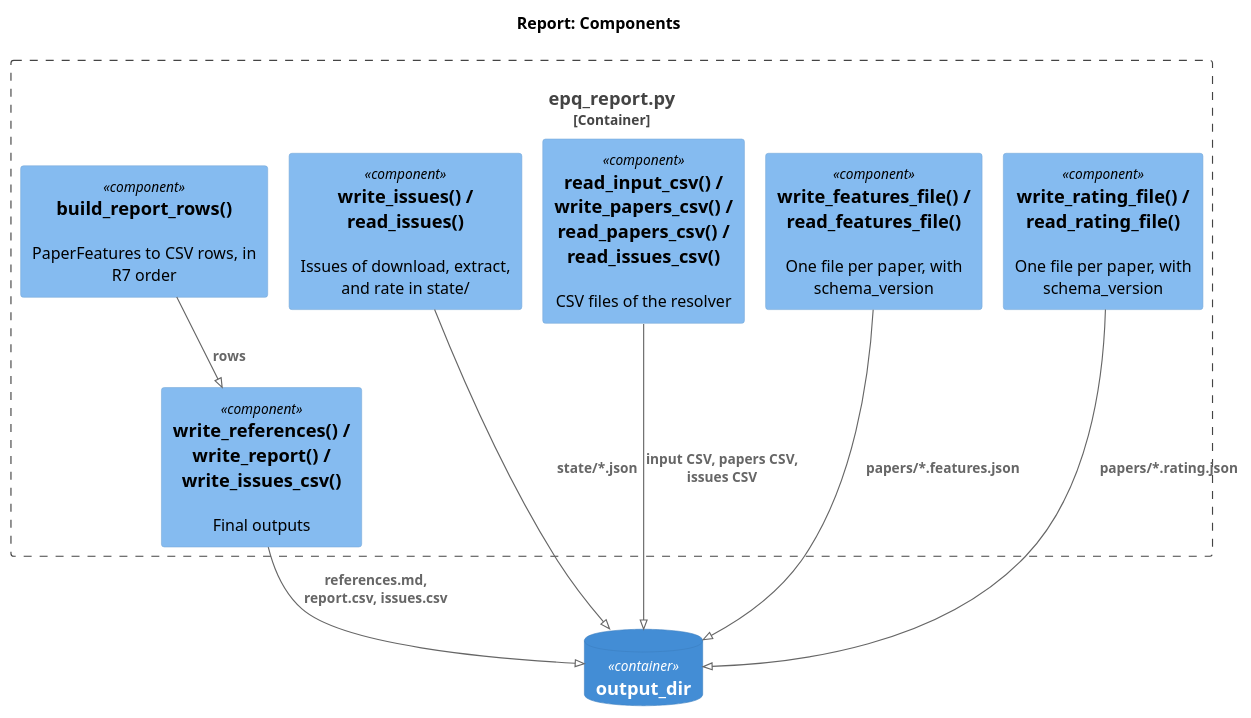
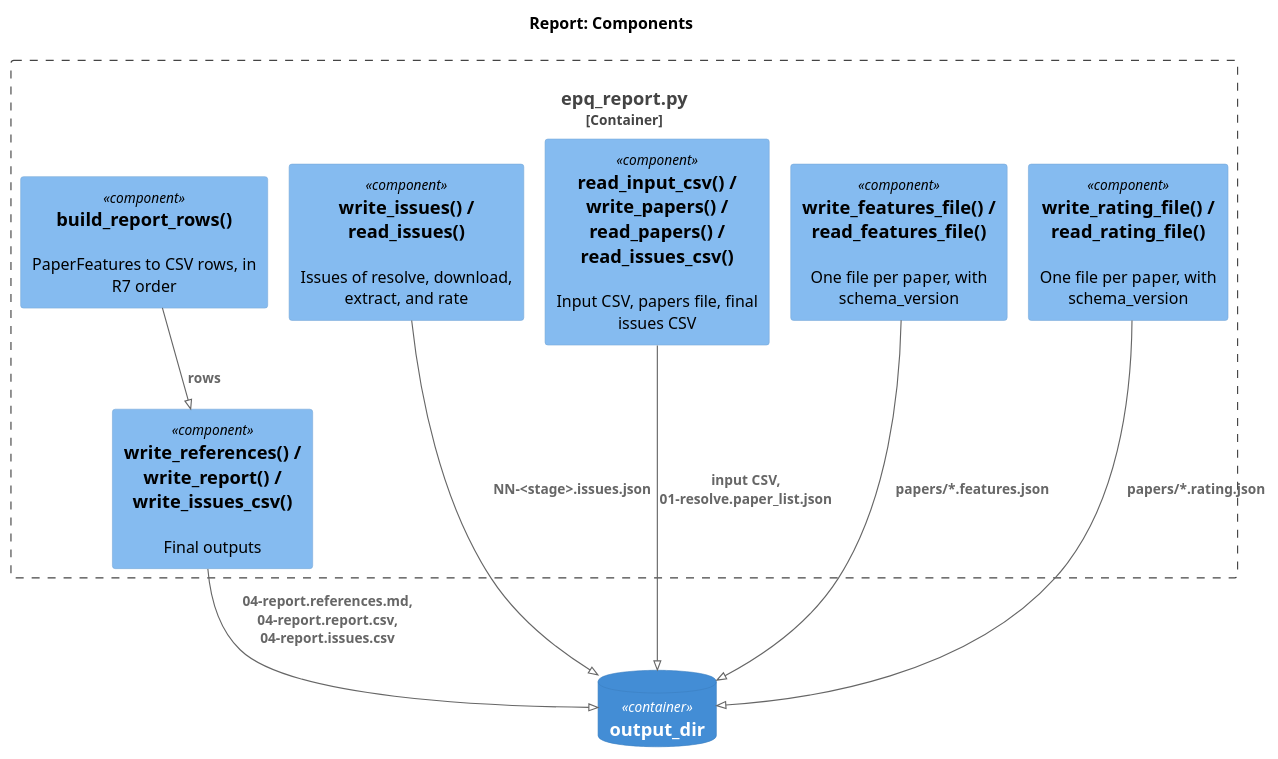
The diagram in research/Estimate_academic_paper_quality/docs/02.7-design.report.md (gpsaggese/gpsaggese.github.io), drawn with PlantUML before and after one commit. The commit also changed other lines of this file and 33 other files, not shown here.

````diff
--- a/research/Estimate_academic_paper_quality/docs/02.7-design.report.md
+++ b/research/Estimate_academic_paper_quality/docs/02.7-design.report.md
@@ -41,21 +47,21 @@
 ```plantuml
 !pragma layout smetana
 !include <C4/C4_Component>
 LAYOUT_TOP_DOWN()
 title Report: Components
 Container_Boundary(r, "epq_report.py") {
-  Component(state, "write_issues() / read_issues()", "", "Issues of download, extract, and rate in state/")
-  Component(csvs, "read_input_csv() / write_papers_csv() / read_papers_csv() / read_issues_csv()", "", "CSV files of the resolver")
+  Component(state, "write_issues() / read_issues()", "", "Issues of resolve, download, extract, and rate")
+  Component(csvs, "read_input_csv() / write_papers() / read_papers() / read_issues_csv()", "", "Input CSV, papers file, final issues CSV")
   Component(feat, "write_features_file() / read_features_file()", "", "One file per paper, with schema_version")
   Component(rating, "write_rating_file() / read_rating_file()", "", "One file per paper, with schema_version")
   Component(rows, "build_report_rows()", "", "PaperFeatures to CSV rows, in R7 order")
   Component(out, "write_references() / write_report() / write_issues_csv()", "", "Final outputs")
 }
 ContainerDb(dir, "output_dir", "", "")
-Rel(state, dir, "state/*.json")
-Rel(csvs, dir, "input CSV, papers CSV, issues CSV")
+Rel(state, dir, "NN-<stage>.issues.json")
+Rel(csvs, dir, "input CSV, 01-resolve.paper_list.json")
 Rel(feat, dir, "papers/*.features.json")
 Rel(rating, dir, "papers/*.rating.json")
 Rel(rows, out, "rows")
-Rel(out, dir, "references.md, report.csv, issues.csv")
+Rel(out, dir, "04-report.references.md, 04-report.report.csv, 04-report.issues.csv")
 ```
````
